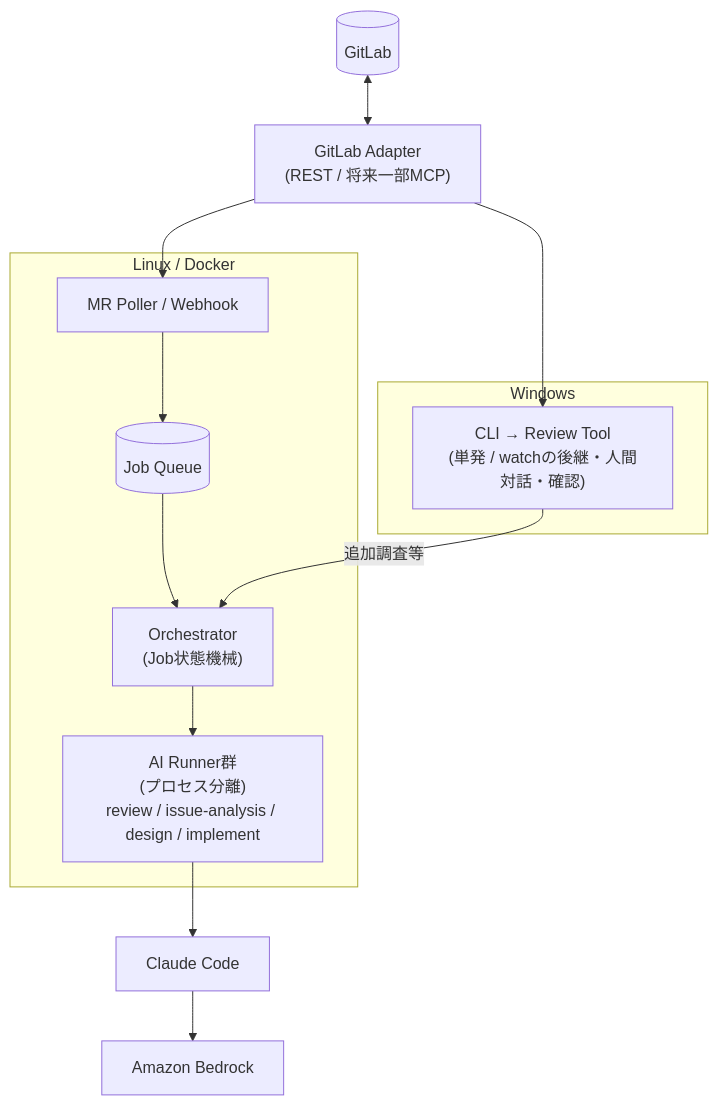
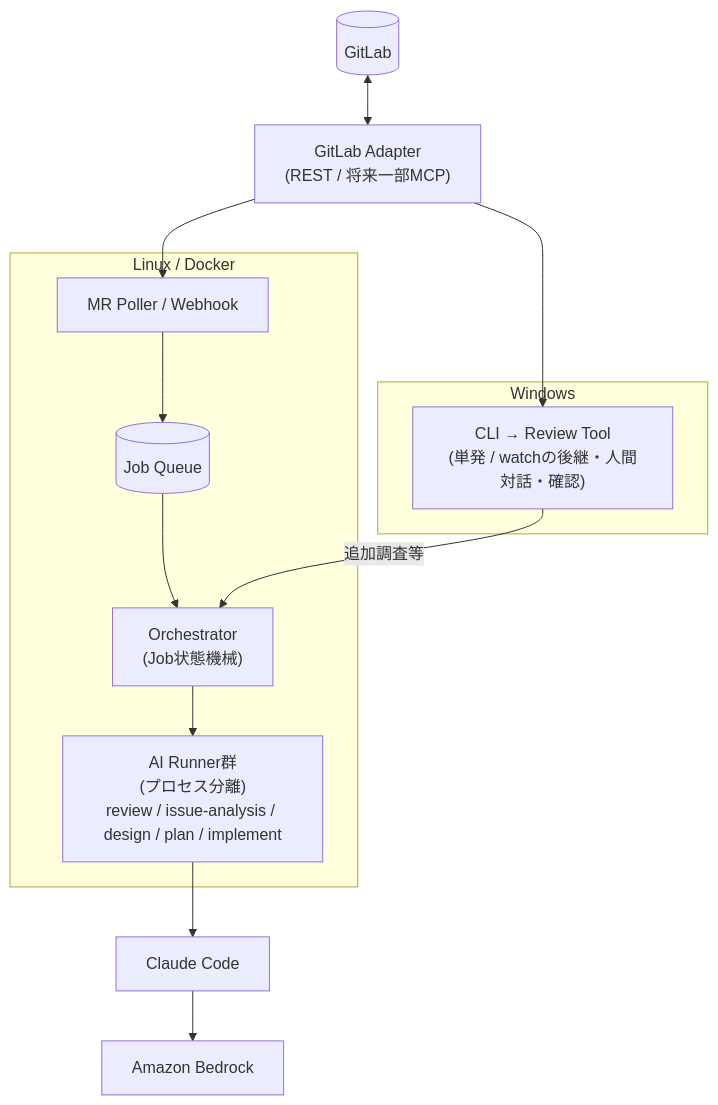
One commit to AtsushiNi/gitlab-ai-platform changed the second of 2 diagrams in docs/architecture.md. Above: the diagram before and after it, drawn with Mermaid. The commit also changed other lines of this file and 24 other files, not shown here.

````diff
--- a/docs/architecture.md
+++ b/docs/architecture.md
@@ -48,26 +48,26 @@
 ```mermaid
 flowchart TD
     GitLab[("GitLab")]
     Adapter["GitLab Adapter\n(REST / 将来一部MCP)"]
     GitLab <--> Adapter
 
     subgraph WindowsSide["Windows"]
         ReviewTool["CLI → Review Tool\n(単発 / watchの後継・人間対話・確認)"]
     end
 
     subgraph LinuxSide["Linux / Docker"]
         PollerWebhook["MR Poller / Webhook"]
         Queue[("Job Queue")]
         Orchestrator["Orchestrator\n(Job状態機械)"]
-        Runners["AI Runner群\n(プロセス分離)\nreview / issue-analysis / design / implement"]
+        Runners["AI Runner群\n(プロセス分離)\nreview / issue-analysis / design / plan / implement"]
     end
 
     Adapter --> ReviewTool
     Adapter --> PollerWebhook
     PollerWebhook --> Queue
     Queue --> Orchestrator
     ReviewTool -- "追加調査等" --> Orchestrator
     Orchestrator --> Runners
     Runners --> ClaudeCode["Claude Code"]
     ClaudeCode --> Bedrock["Amazon Bedrock"]
 ```
````
